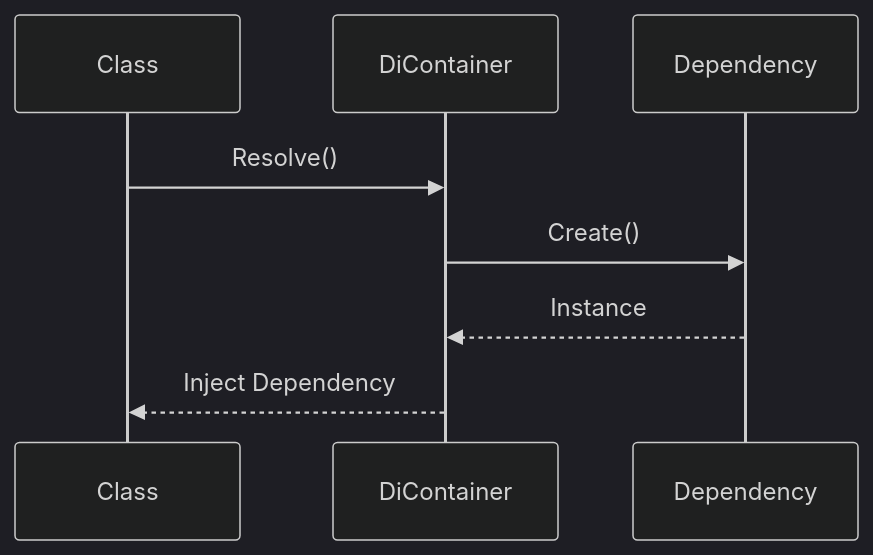
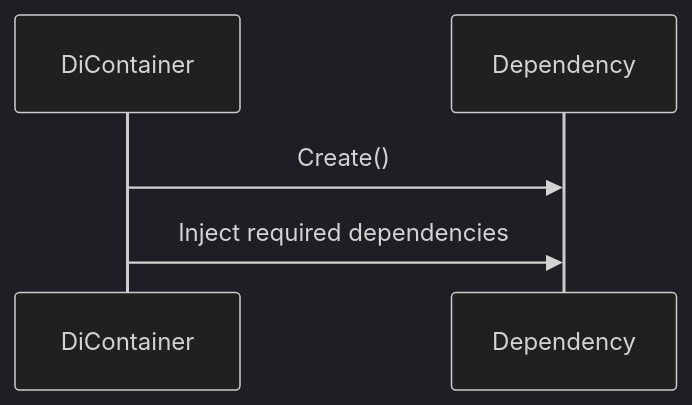
The second of 4 diagrams in Docs/Eng/ArchitectureAtlas/06_DependencyInjection.md (chainsawlad-Org/ChainSaw_Leg), drawn with Mermaid (dark theme) before and after one commit. The commit also changed other lines of this file and 29 other files, not shown here.

````diff
--- a/Docs/Eng/ArchitectureAtlas/06_DependencyInjection.md
+++ b/Docs/Eng/ArchitectureAtlas/06_DependencyInjection.md
@@ -177,17 +177,11 @@
 ```mermaid
 sequenceDiagram
-
-participant Class
 
 participant DiContainer
 
 participant Dependency
 
-Class->>DiContainer: Resolve()
-
 DiContainer->>Dependency: Create()
 
-Dependency-->>DiContainer: Instance
-
-DiContainer-->>Class: Inject Dependency
+DiContainer->>Dependency: Inject required dependencies
 ```
````
